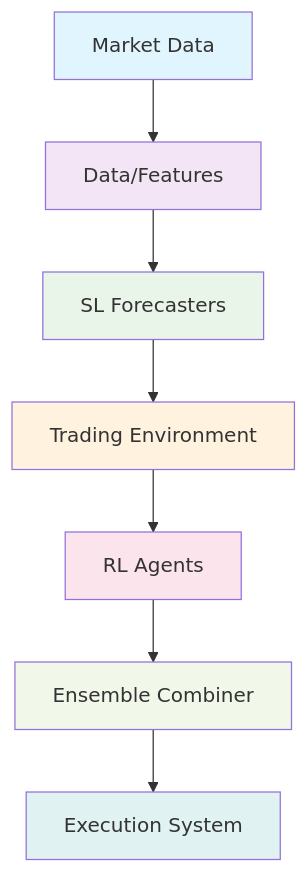
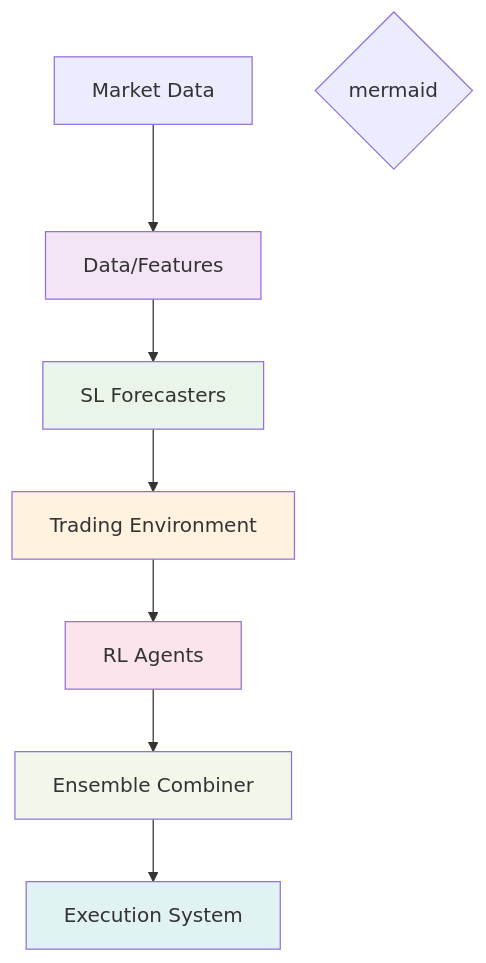
One commit to Zzzero-hash/trade-agent changed the diagram in docs/architecture_summary.md. Above: the diagram before and after it, drawn with Mermaid. The commit also changed other lines of this file and 78 other files, not shown here.

`````diff
--- a/docs/architecture_summary.md
+++ b/docs/architecture_summary.md
@@ -9,17 +9,17 @@
-```mermaid
+````mermaid
 graph TD
     A[Market Data] --> B[Data/Features]
     B --> C[SL Forecasters]
     C --> D[Trading Environment]
     D --> E[RL Agents]
     E --> F[Ensemble Combiner]
     F --> G[Execution System]
 
-    style A fill:#e1f5fe
+    ```{mermaid}
     style B fill:#f3e5f5
     style C fill:#e8f5e8
     style D fill:#fff3e0
     style E fill:#fce4ec
     style F fill:#f1f8e9
     style G fill:#e0f2f1
-```
+````
`````
